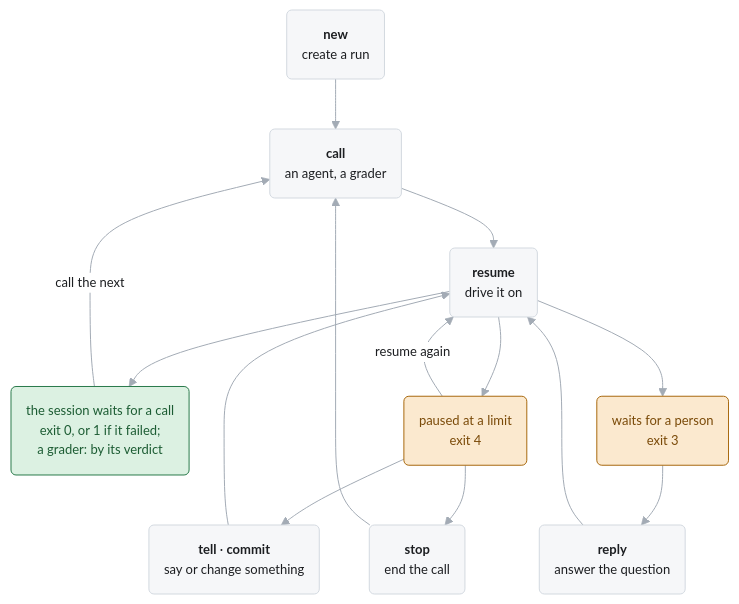
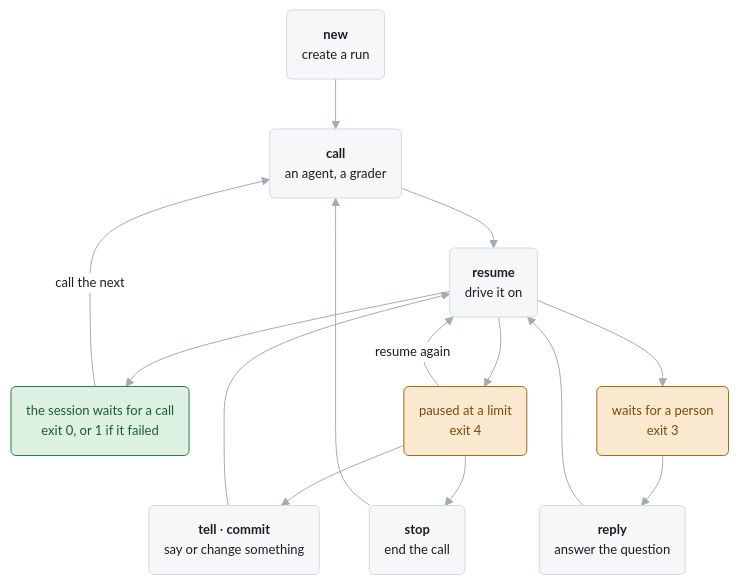
Before and after one commit to pku-xht/alaya: the diagram in docs/cli.md, drawn with Mermaid. The commit also changed other lines of this file and 24 other files, not shown here.

````diff
--- a/docs/cli.md
+++ b/docs/cli.md
@@ -8,31 +8,31 @@
 ```mermaid
 %%{init: {"theme": "base", "themeVariables": {"fontFamily": "BlinkMacSystemFont, Segoe UI, Helvetica, Arial", "fontSize": "13px", "primaryColor": "#f6f7f9", "primaryTextColor": "#1c1e21", "primaryBorderColor": "#d3d9e0", "lineColor": "#a3abb5", "textColor": "#6f7985", "edgeLabelBackground": "#ffffff", "clusterBkg": "#fafbfc", "clusterBorder": "#e3e6ea"}}}%%
 flowchart TD
   classDef ok fill:#dcf1e2,stroke:#2a7a4b,color:#1c5c33
   classDef wait fill:#fbe9cf,stroke:#a8690f,color:#7a4a08
 
   new("<b>new</b><br/>create a run")
   calling("<b>call</b><br/>an agent, a grader")
   resume("<b>resume</b><br/>drive it on")
-  idle("the session waits for a call<br/>exit 0, or 1 if it failed;<br/>a grader: by its verdict"):::ok
+  idle("the session waits for a call<br/>exit 0, or 1 if it failed"):::ok
   paused("paused at a limit<br/>exit 4"):::wait
   waits("waits for a person<br/>exit 3"):::wait
   stop("<b>stop</b><br/>end the call")
   tell("<b>tell</b> · <b>commit</b><br/>say or change something")
   reply("<b>reply</b><br/>answer the question")
 
   new --> calling
   calling --> resume
   resume --> idle
   idle -- "call the next" --> calling
   resume --> paused
   paused -- "resume again" --> resume
   paused --> tell
   paused --> stop
   stop --> calling
   tell --> resume
   resume --> waits
   waits --> reply
   reply --> resume
   linkStyle default stroke-width:1px
 ```
````
